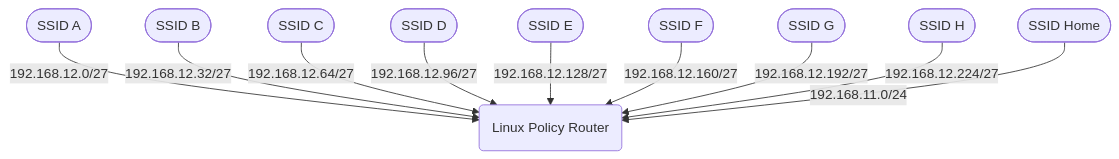
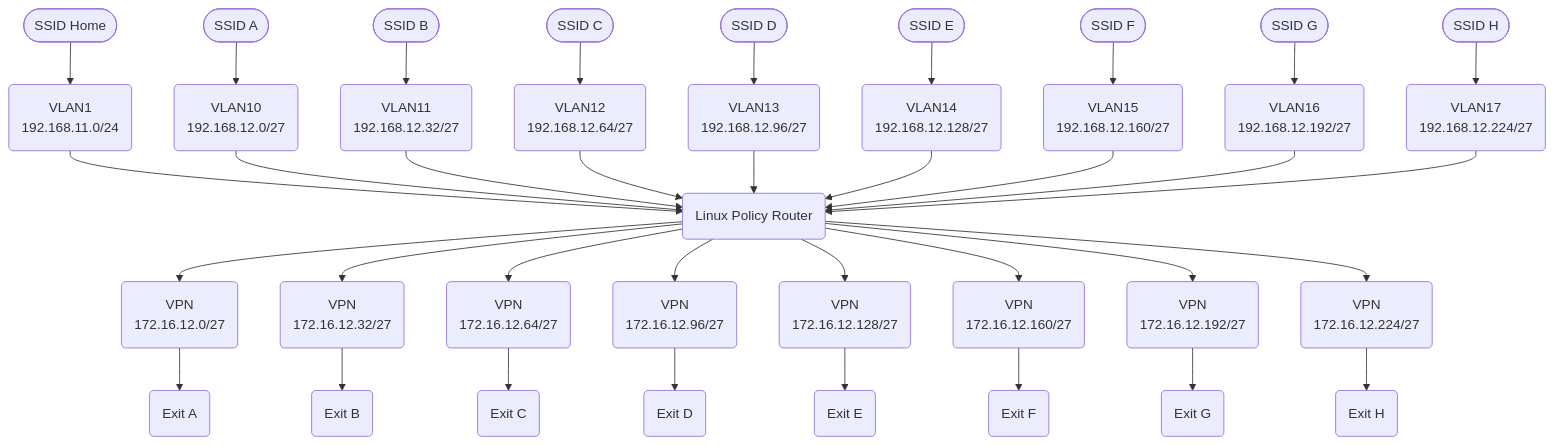
The first of 2 diagrams in README.md (timothyclarke/linux-vpn-router), drawn with Mermaid before and after one commit. The commit also changed other lines of this file, not shown here.

````diff
--- a/README.md
+++ b/README.md
@@ -31,13 +32,12 @@
 ```mermaid
 graph TD;
- A([SSID A]) --> |192.168.12.0/27| PBR(Linux Policy Router)
- B([SSID B]) --> |192.168.12.32/27| PBR
- C([SSID C]) --> |192.168.12.64/27| PBR
- D([SSID D]) --> |192.168.12.96/27| PBR
- E([SSID E]) --> |192.168.12.128/27| PBR
- F([SSID F]) --> |192.168.12.160/27| PBR
- G([SSID G]) --> |192.168.12.192/27| PBR
- H([SSID H]) --> |192.168.12.224/27| PBR
- 0([SSID Home]) --> |192.168.11.0/24| PBR
-
+ 001([SSID Home]) --> 002(VLAN1<br/>192.168.11.0/24) --> PBR(Linux Policy Router)
+ A01([SSID A]) --> A02(VLAN10<br/>192.168.12.0/27)   --> PBR --> A04(VPN<br/>172.16.12.0/27)   --> A05(Exit A)
+ B01([SSID B]) --> B02(VLAN11<br/>192.168.12.32/27)  --> PBR --> B04(VPN<br/>172.16.12.32/27)  --> B05(Exit B)
+ C01([SSID C]) --> C02(VLAN12<br/>192.168.12.64/27)  --> PBR --> C04(VPN<br/>172.16.12.64/27)  --> C05(Exit C)
+ D01([SSID D]) --> D02(VLAN13<br/>192.168.12.96/27)  --> PBR --> D04(VPN<br/>172.16.12.96/27)  --> D05(Exit D)
+ E01([SSID E]) --> E02(VLAN14<br/>192.168.12.128/27) --> PBR --> E04(VPN<br/>172.16.12.128/27) --> E05(Exit E)
+ F01([SSID F]) --> F02(VLAN15<br/>192.168.12.160/27) --> PBR --> F04(VPN<br/>172.16.12.160/27) --> F05(Exit F)
+ G01([SSID G]) --> G02(VLAN16<br/>192.168.12.192/27) --> PBR --> G04(VPN<br/>172.16.12.192/27) --> G05(Exit G)
+ H01([SSID H]) --> H02(VLAN17<br/>192.168.12.224/27) --> PBR --> H04(VPN<br/>172.16.12.224/27) --> H05(Exit H)
 ```
````
